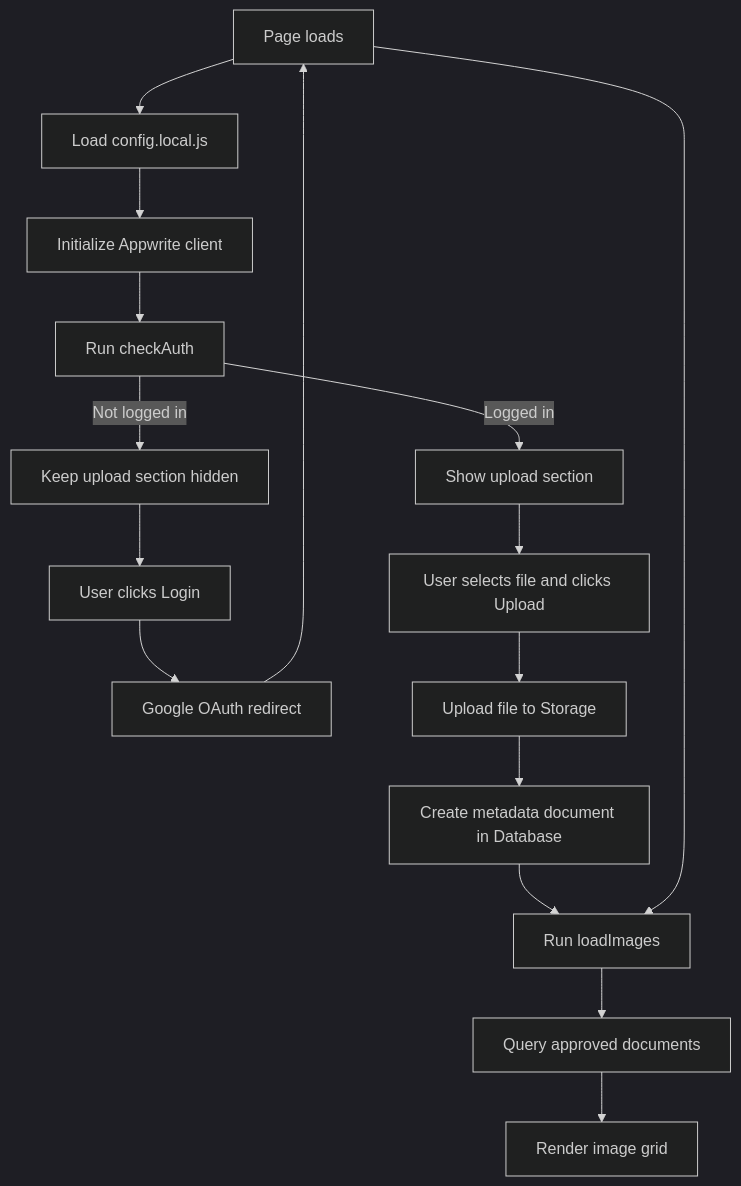
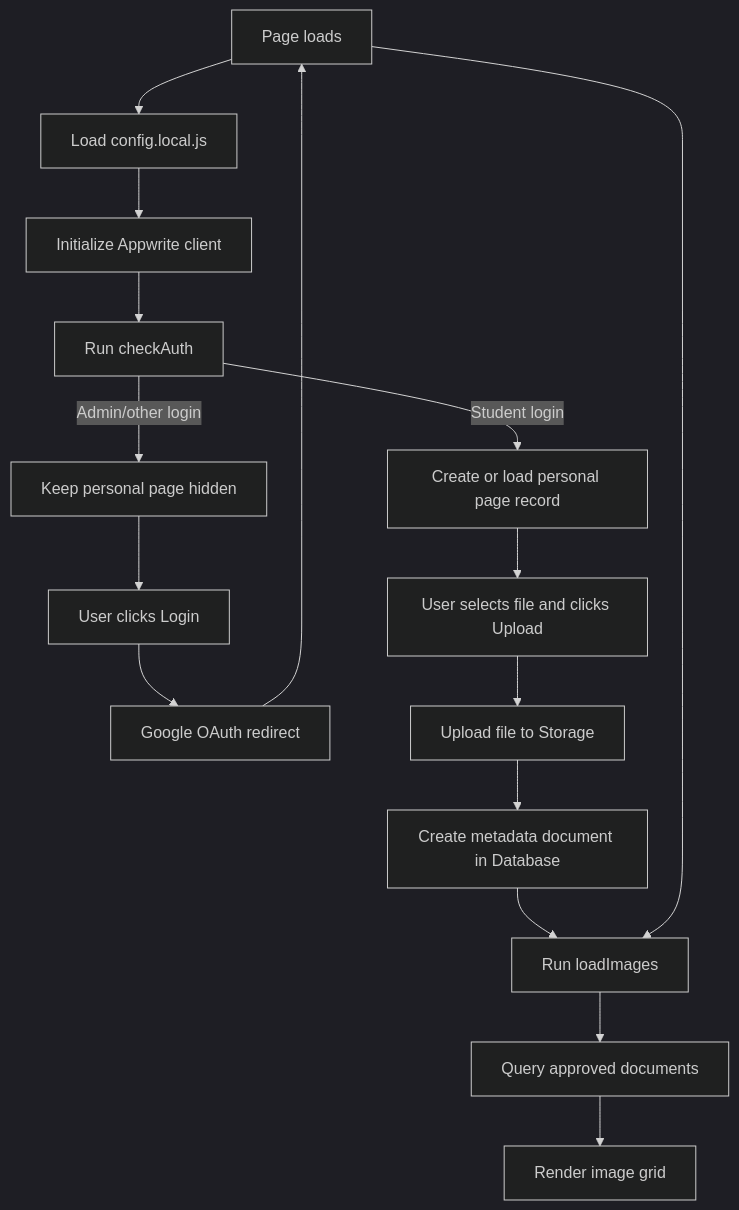
The first of 2 diagrams in README.md (sxn-star/psych-honours-2026), drawn with Mermaid (dark theme) before and after one commit. The commit also changed other lines of this file and 8 other files, not shown here.

Commit message:
Add automatic student page provisioning with domain and team-based permissions

````diff
--- a/README.md
+++ b/README.md
@@ -49,18 +60,18 @@
 ```mermaid
 flowchart TD
 	A[Page loads] --> B[Load config.local.js]
 	B --> C[Initialize Appwrite client]
 	C --> D[Run checkAuth]
-	D -->|Logged in| E[Show upload section]
-	D -->|Not logged in| F[Keep upload section hidden]
+	D -->|Student login| E[Create or load personal page record]
+	D -->|Admin/other login| F[Keep personal page hidden]
 	E --> G[User selects file and clicks Upload]
 	F --> H[User clicks Login]
 	H --> I[Google OAuth redirect]
 	I --> A
 	G --> J[Upload file to Storage]
 	J --> K[Create metadata document in Database]
 	K --> L[Run loadImages]
 	A --> L
 	L --> M[Query approved documents]
 	M --> N[Render image grid]
 ```
````
